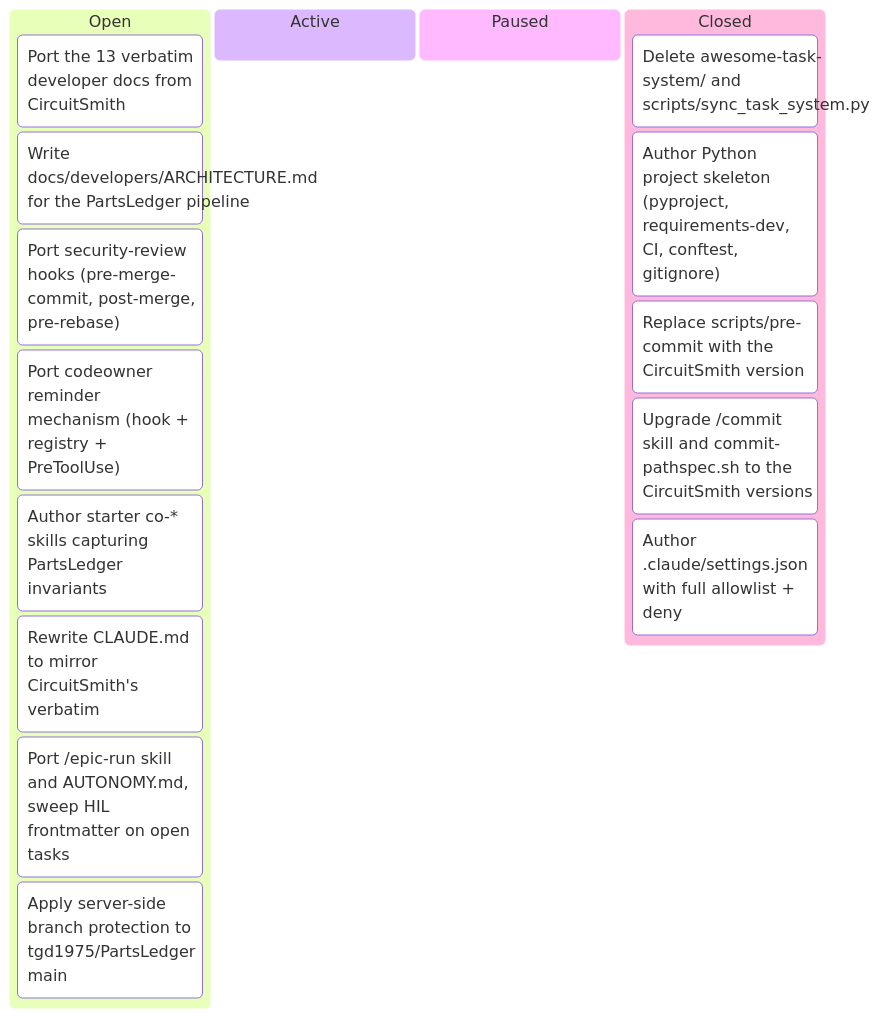
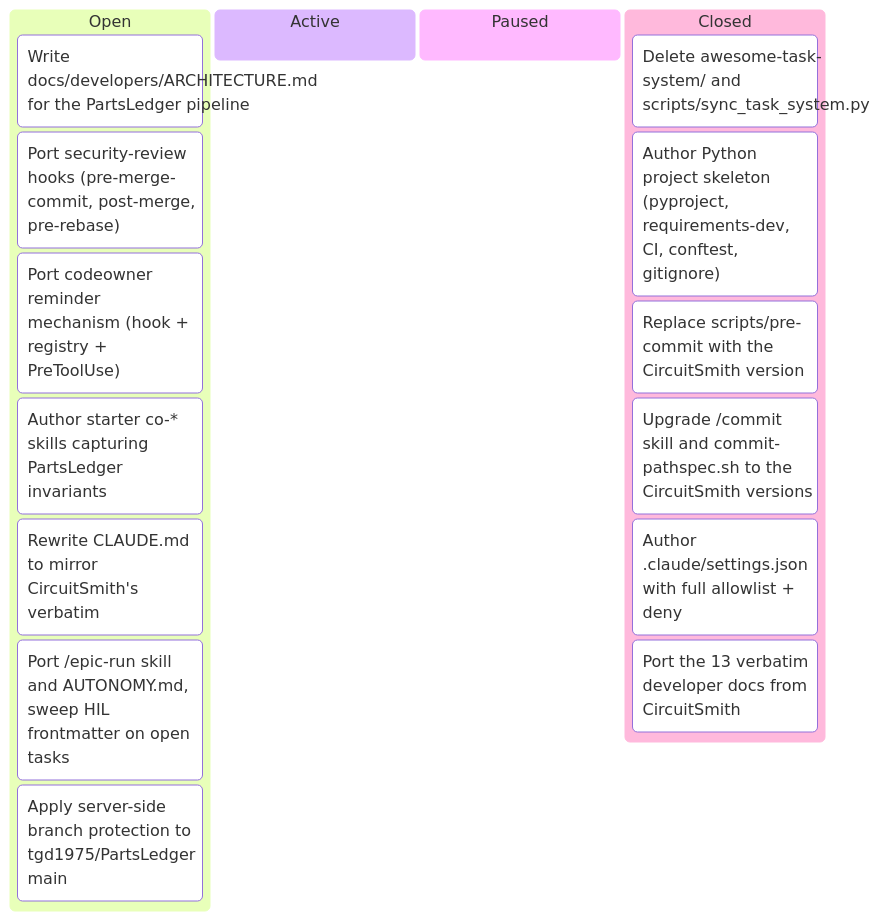
Before and after one commit to tgd1975/PartsLedger: the diagram in docs/developers/tasks/KANBAN.md, drawn with Mermaid. The commit also changed other lines of this file and 16 other files, not shown here.

First line of the commit message:
close TASK-006: Port 13 verbatim developer docs from CircuitSmith

````diff
--- a/docs/developers/tasks/KANBAN.md
+++ b/docs/developers/tasks/KANBAN.md
@@ -11,20 +11,20 @@
 ```mermaid
 kanban
   Open
-    TASK_006["Port the 13 verbatim developer docs from CircuitSmith"]
     TASK_007["Write docs/developers/ARCHITECTURE.md for the PartsLedger pipeline"]
     TASK_008["Port security-review hooks (pre-merge-commit, post-merge, pre-rebase)"]
     TASK_009["Port codeowner reminder mechanism (hook + registry + PreToolUse)"]
     TASK_010["Author starter co-* skills capturing PartsLedger invariants"]
     TASK_011["Rewrite CLAUDE.md to mirror CircuitSmith's verbatim"]
     TASK_012["Port /epic-run skill and AUTONOMY.md, sweep HIL frontmatter on open tasks"]
     TASK_013["Apply server-side branch protection to tgd1975/PartsLedger main"]
   Active
   Paused
   Closed
     TASK_001["Delete awesome-task-system/ and scripts/sync_task_system.py"]
     TASK_002["Author Python project skeleton (pyproject, requirements-dev, CI, conftest, gitignore)"]
     TASK_003["Replace scripts/pre-commit with the CircuitSmith version"]
     TASK_004["Upgrade /commit skill and commit-pathspec.sh to the CircuitSmith versions"]
     TASK_005["Author .claude/settings.json with full allowlist + deny"]
+    TASK_006["Port the 13 verbatim developer docs from CircuitSmith"]
 ```
````
